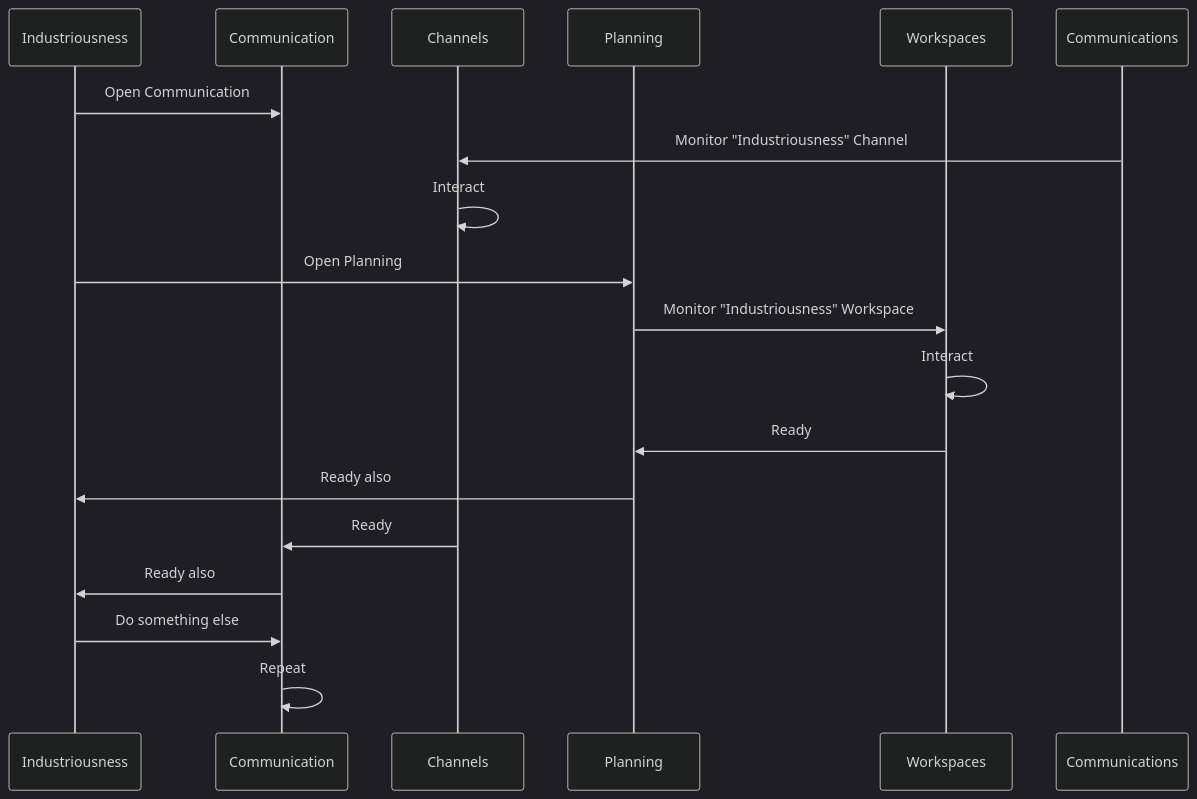
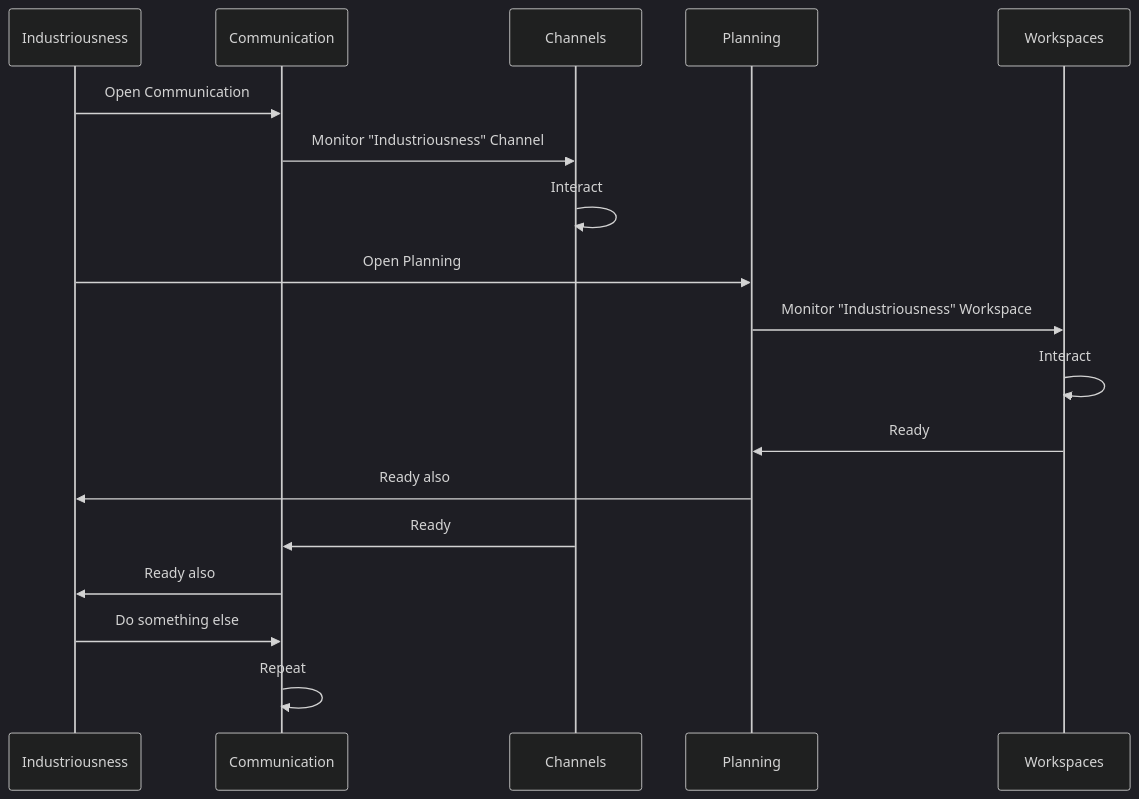
The second of 2 diagrams in 300/README.md (vanHeemstraSystems/industriousness), drawn with Mermaid (dark theme) before and after one commit.

````diff
--- a/300/README.md
+++ b/300/README.md
@@ -21,20 +21,20 @@
 ```mermaid
 sequenceDiagram
     participant Industriousness
     participant Communication
     participant Channels
     participant Planning
     participant Workspaces
     Industriousness->>Communication: Open Communication
-    Communications->>Channels: Monitor "Industriousness" Channel
+    Communication->>Channels: Monitor "Industriousness" Channel
     Channels->>Channels: Interact
     Industriousness->>Planning: Open Planning
     Planning->>Workspaces: Monitor "Industriousness" Workspace
     Workspaces->>Workspaces: Interact
     Workspaces->>Planning: Ready
     Planning->>Industriousness: Ready also
     Channels->>Communication: Ready
     Communication->>Industriousness: Ready also
     Industriousness->>Communication: Do something else
     Communication->>Communication: Repeat
 ```
````
